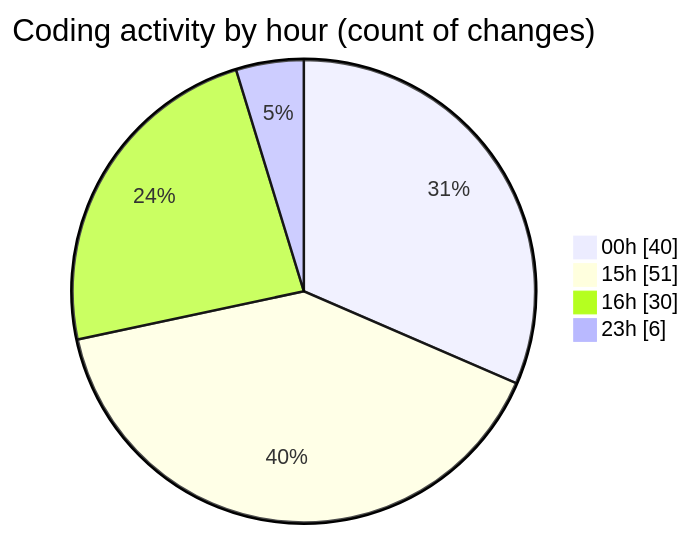
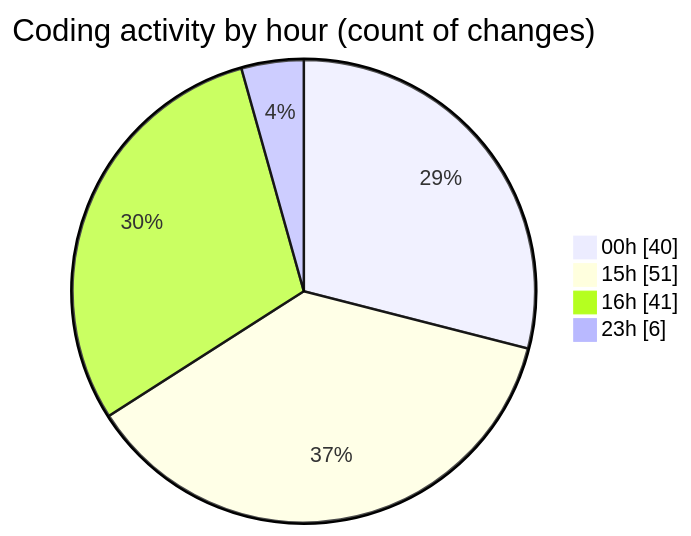
The second of 2 diagrams in 2025-05-03/date/README.md (Netris89/code-tracking), drawn with Mermaid before and after one commit. The commit also changed other lines of this file and 1 other file, not shown here.

````diff
--- a/2025-05-03/date/README.md
+++ b/2025-05-03/date/README.md
@@ -39,8 +39,8 @@
 ```mermaid
 pie showData
 title Coding activity by hour (count of changes)
 "00h" : 40
 "15h" : 51
-"16h" : 30
+"16h" : 41
 "23h" : 6
 ```
````
